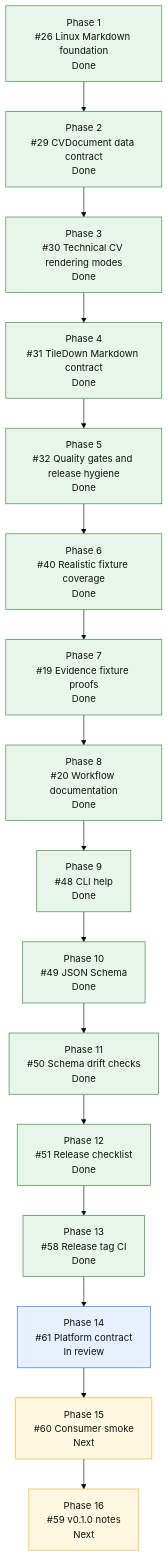
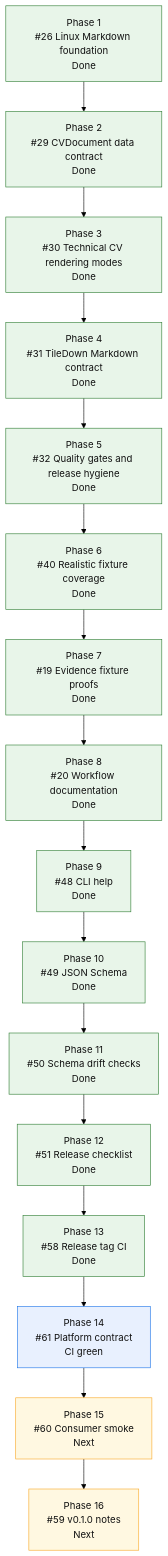
The diagram in README.md (mihaelamj/cvbuilder), drawn with Mermaid (forest theme) before and after one commit. The commit also changed 1 other file, not shown here.

Commit message:
docs(roadmap): mark platform contract CI green

````diff
--- a/README.md
+++ b/README.md
@@ -167,32 +167,32 @@
 ```mermaid
 flowchart TD
     P1["Phase 1<br/>#26 Linux Markdown foundation<br/>Done"]
     P2["Phase 2<br/>#29 CVDocument data contract<br/>Done"]
     P3["Phase 3<br/>#30 Technical CV rendering modes<br/>Done"]
     P4["Phase 4<br/>#31 TileDown Markdown contract<br/>Done"]
     P5["Phase 5<br/>#32 Quality gates and release hygiene<br/>Done"]
     P6["Phase 6<br/>#40 Realistic fixture coverage<br/>Done"]
     P7["Phase 7<br/>#19 Evidence fixture proofs<br/>Done"]
     P8["Phase 8<br/>#20 Workflow documentation<br/>Done"]
     P9["Phase 9<br/>#48 CLI help<br/>Done"]
     P10["Phase 10<br/>#49 JSON Schema<br/>Done"]
     P11["Phase 11<br/>#50 Schema drift checks<br/>Done"]
     P12["Phase 12<br/>#51 Release checklist<br/>Done"]
     P13["Phase 13<br/>#58 Release tag CI<br/>Done"]
-    P14["Phase 14<br/>#61 Platform contract<br/>In review"]
+    P14["Phase 14<br/>#61 Platform contract<br/>CI green"]
     P15["Phase 15<br/>#60 Consumer smoke<br/>Next"]
     P16["Phase 16<br/>#59 v0.1.0 notes<br/>Next"]
 
     P1 --> P2 --> P3 --> P4 --> P5 --> P6 --> P7 --> P8 --> P9 --> P10 --> P11 --> P12 --> P13 --> P14 --> P15 --> P16
 
     classDef done fill:#e8f5e9,stroke:#2e7d32,color:#111;
     classDef active fill:#fff3e0,stroke:#ef6c00,color:#111;
     classDef review fill:#e8f0fe,stroke:#1a73e8,color:#111;
     classDef next fill:#fff8e1,stroke:#f9a825,color:#111;
     classDef partial fill:#e0f7fa,stroke:#00838f,color:#111;
     classDef todo fill:#eef3ff,stroke:#3367d6,color:#111;
     class P1,P2,P3,P4 done;
     class P5,P6,P7,P8,P9,P10,P11,P12,P13 done;
     class P14 review;
     class P15,P16 next;
 ```
````
